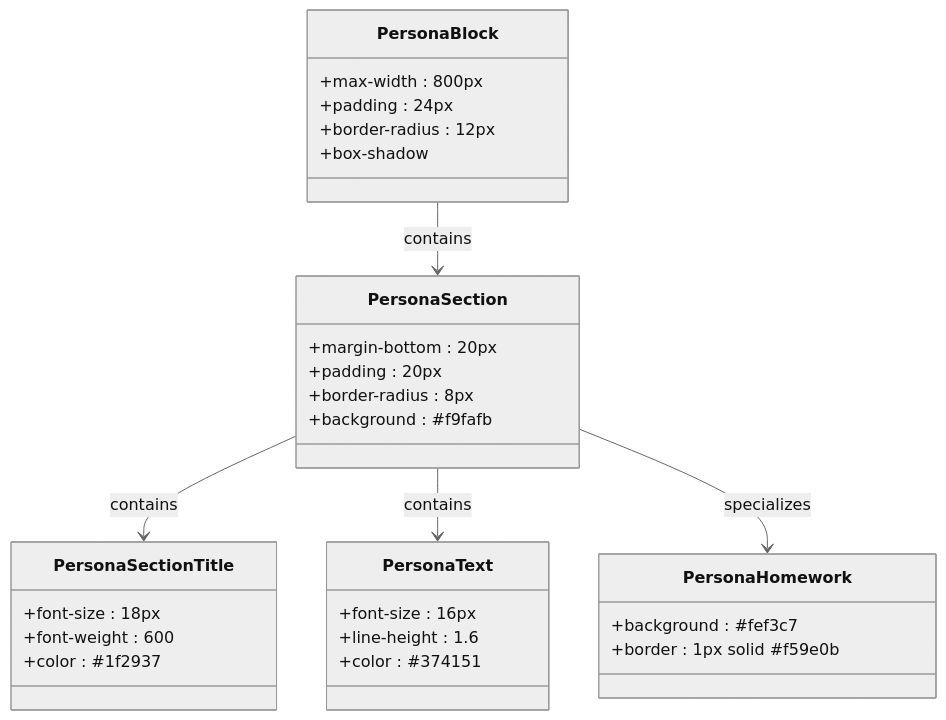
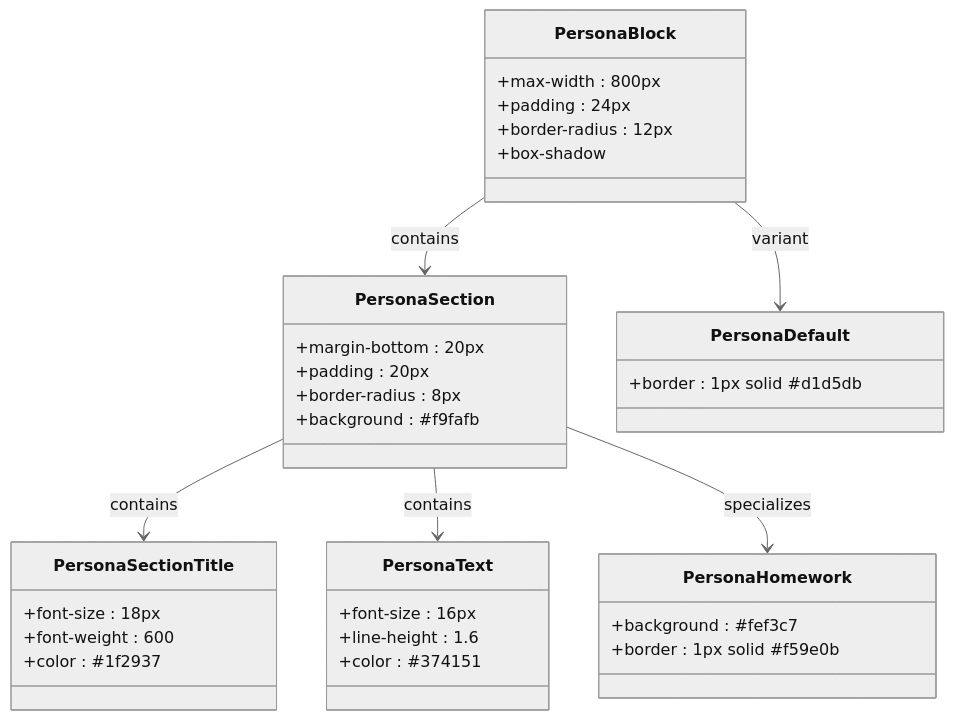
One commit to lommaks777/pesonalisev2 changed the fourth of 5 diagrams in .qoder/repowiki/en/content/Personalization Engine/HTML Output Generation.md. Above: the diagram before and after it, drawn with Mermaid (neutral theme). The commit also changed other lines of this file and 16 other files, not shown here.

First line of the commit message:
feat(api): add CORS support and default template fallback for persona endpoints

````diff
--- a/.qoder/repowiki/en/content/Personalization Engine/HTML Output Generation.md
+++ b/.qoder/repowiki/en/content/Personalization Engine/HTML Output Generation.md
@@ -105,33 +164,37 @@
 ```mermaid
 classDiagram
 class PersonaBlock {
 +max-width : 800px
 +padding : 24px
 +border-radius : 12px
 +box-shadow
 }
 class PersonaSection {
 +margin-bottom : 20px
 +padding : 20px
 +border-radius : 8px
 +background : #f9fafb
 }
 class PersonaSectionTitle {
 +font-size : 18px
 +font-weight : 600
 +color : #1f2937
 }
 class PersonaText {
 +font-size : 16px
 +line-height : 1.6
 +color : #374151
 }
 class PersonaHomework {
 +background : #fef3c7
 +border : 1px solid #f59e0b
 }
+class PersonaDefault {
++border : 1px solid #d1d5db
+}
 PersonaBlock --> PersonaSection : contains
 PersonaSection --> PersonaSectionTitle : contains
 PersonaSection --> PersonaText : contains
 PersonaSection --> PersonaHomework : specializes
+PersonaBlock --> PersonaDefault : variant
 ```
````
